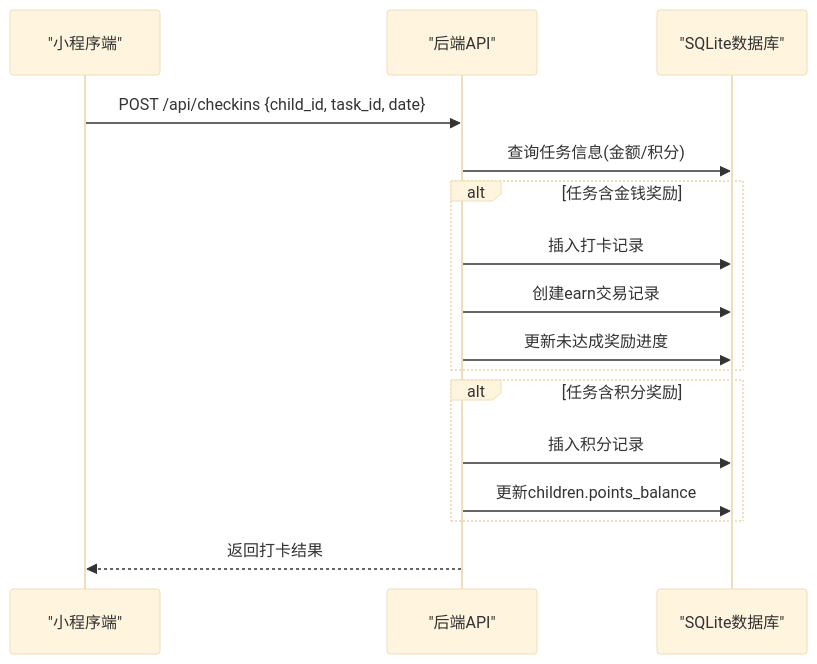
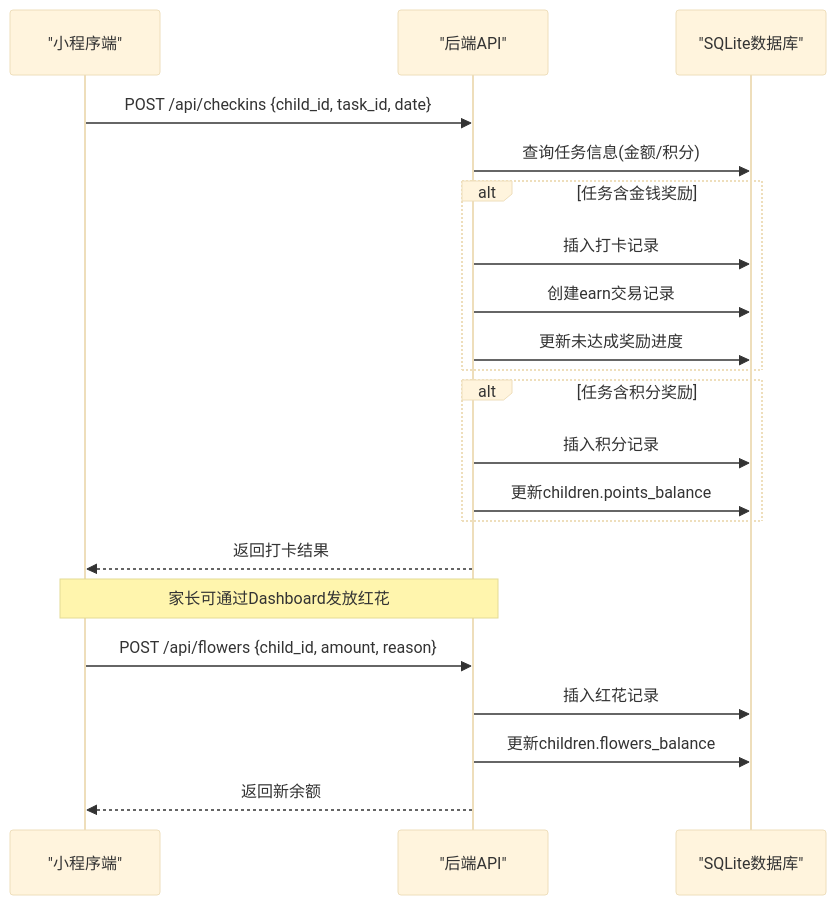
Before and after one commit to dawny123123/StarParadise: the first of 4 diagrams in .qoder/repowiki/zh/content/双货币激励体系.md, drawn with Mermaid (base theme). The commit also changed other lines of this file and 126 other files, not shown here.

````diff
--- a/.qoder/repowiki/zh/content/双货币激励体系.md
+++ b/.qoder/repowiki/zh/content/双货币激励体系.md
@@ -41,18 +47,23 @@
 ```mermaid
 sequenceDiagram
 participant C as "小程序端"
 participant API as "后端API"
 participant DB as "SQLite数据库"
 C->>API : POST /api/checkins {child_id, task_id, date}
 API->>DB : 查询任务信息(金额/积分)
 alt 任务含金钱奖励
 API->>DB : 插入打卡记录
 API->>DB : 创建earn交易记录
 API->>DB : 更新未达成奖励进度
 end
 alt 任务含积分奖励
 API->>DB : 插入积分记录
 API->>DB : 更新children.points_balance
 end
 API-->>C : 返回打卡结果
+Note over C,API : 家长可通过Dashboard发放红花
+C->>API : POST /api/flowers {child_id, amount, reason}
+API->>DB : 插入红花记录
+API->>DB : 更新children.flowers_balance
+API-->>C : 返回新余额
 ```
````
